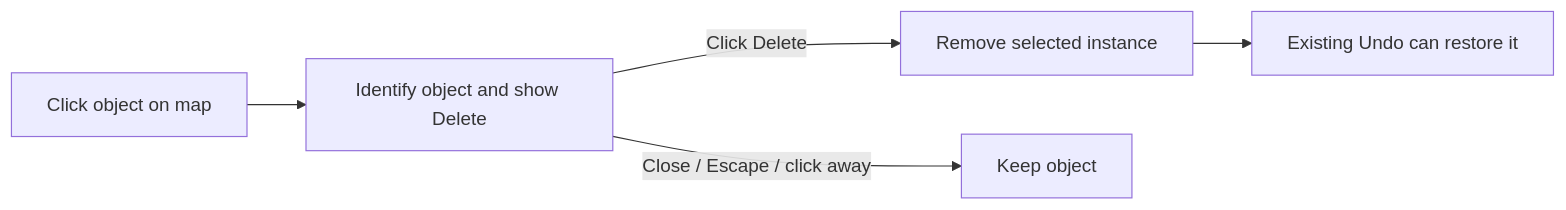
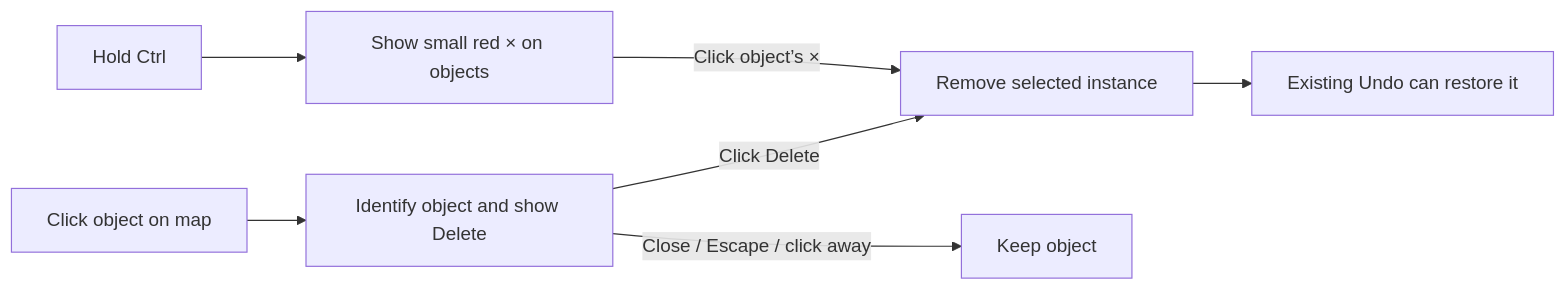
The diagram in docs/tasks/029-map-object-deletion.md (Jakespitteler/Sound-Model), drawn with Mermaid before and after one commit. The commit also changed other lines of this file and 2 other files, not shown here.

Commit message:
Add Ctrl-held one-click deletion to task 029

````diff
--- a/docs/tasks/029-map-object-deletion.md
+++ b/docs/tasks/029-map-object-deletion.md
@@ -30,7 +51,9 @@
 ```mermaid
 flowchart LR
+    Ctrl[Hold Ctrl] --> Cross[Show small red × on objects]
+    Cross -->|Click object’s ×| Remove[Remove selected instance]
     Object[Click object on map] --> Popup[Identify object and show Delete]
-    Popup -->|Click Delete| Remove[Remove selected instance]
+    Popup -->|Click Delete| Remove
     Popup -->|Close / Escape / click away| Keep[Keep object]
     Remove --> Undo[Existing Undo can restore it]
 ```
````
